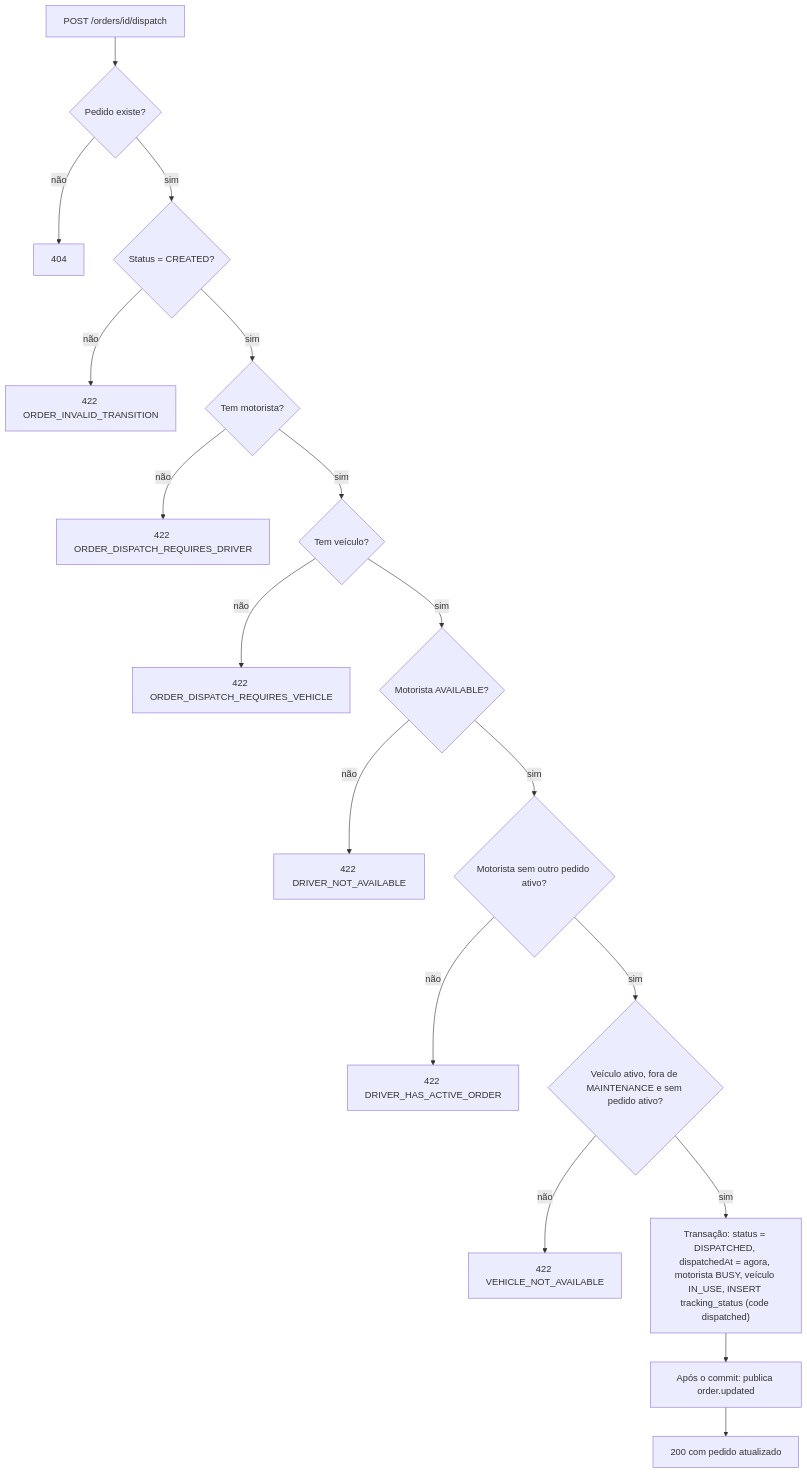
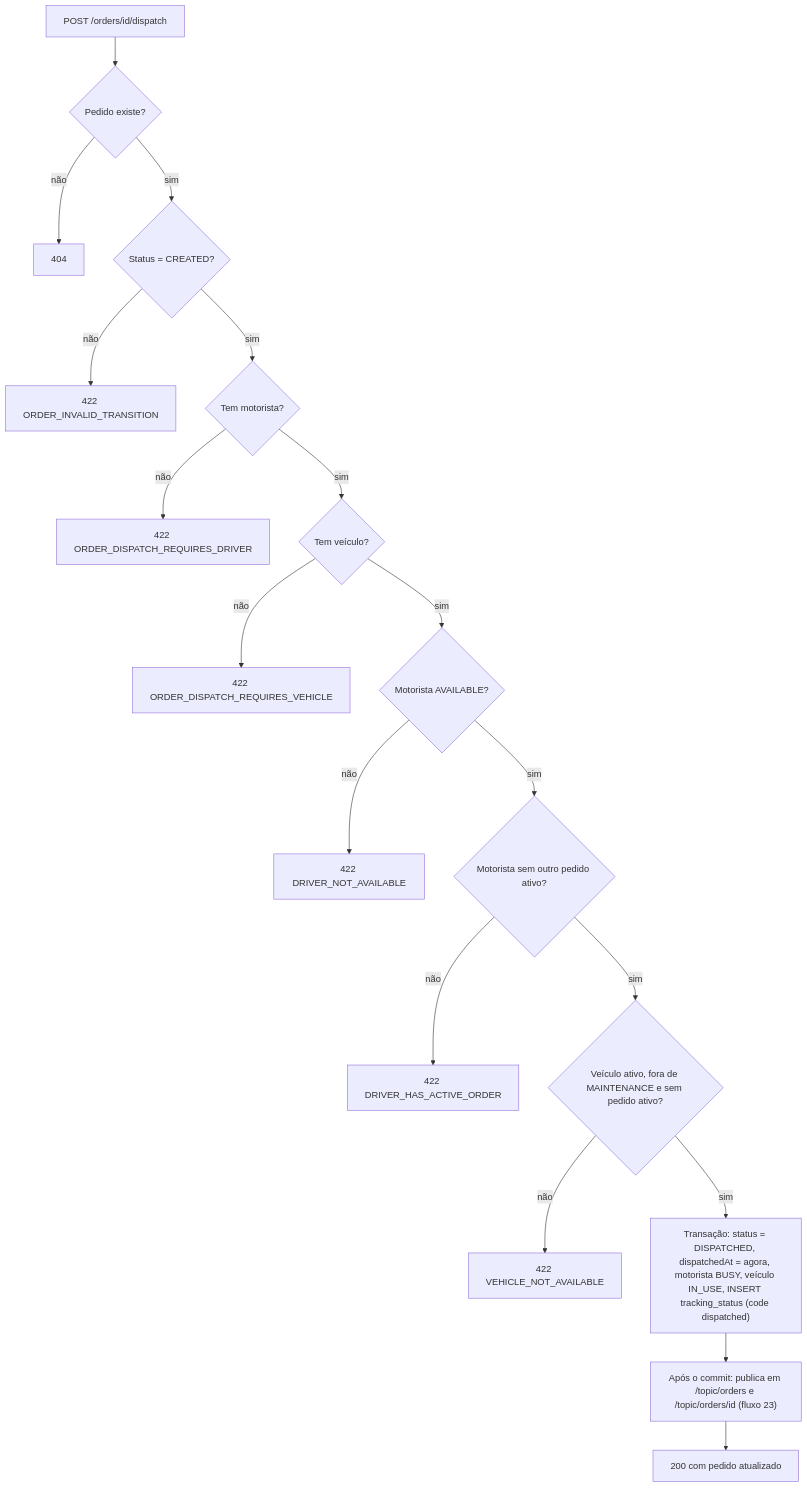
Before and after one commit to Edryck/kj-fleets: the fourth of 8 diagrams in docs/flows/flow-pedidos.md, drawn with Mermaid. The commit also changed other lines of this file and 8 other files, not shown here.

````diff
--- a/docs/flows/flow-pedidos.md
+++ b/docs/flows/flow-pedidos.md
@@ -85,20 +85,20 @@
 ```mermaid
 flowchart TD
     A["POST /orders/id/dispatch"] --> B{"Pedido existe?"}
     B -- não --> E404["404"]
     B -- sim --> C{"Status = CREATED?"}
     C -- não --> E1["422 ORDER_INVALID_TRANSITION"]
     C -- sim --> D{"Tem motorista?"}
     D -- não --> E2["422 ORDER_DISPATCH_REQUIRES_DRIVER"]
     D -- sim --> F{"Tem veículo?"}
     F -- não --> E3["422 ORDER_DISPATCH_REQUIRES_VEHICLE"]
     F -- sim --> G{"Motorista AVAILABLE?"}
     G -- não --> E4["422 DRIVER_NOT_AVAILABLE"]
     G -- sim --> H{"Motorista sem outro pedido ativo?"}
     H -- não --> E5["422 DRIVER_HAS_ACTIVE_ORDER"]
     H -- sim --> M{"Veículo ativo, fora de MAINTENANCE e sem pedido ativo?"}
     M -- não --> E6["422 VEHICLE_NOT_AVAILABLE"]
     M -- sim --> T["Transação: status = DISPATCHED, dispatchedAt = agora, motorista BUSY, veículo IN_USE, INSERT tracking_status (code dispatched)"]
-    T --> P["Após o commit: publica order.updated"]
+    T --> P["Após o commit: publica em /topic/orders e /topic/orders/id (fluxo 23)"]
     P --> OK["200 com pedido atualizado"]
 ```
````
